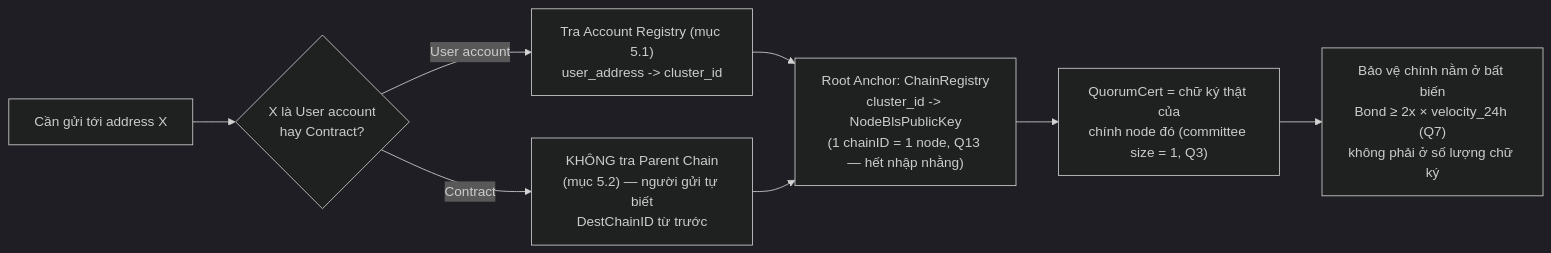
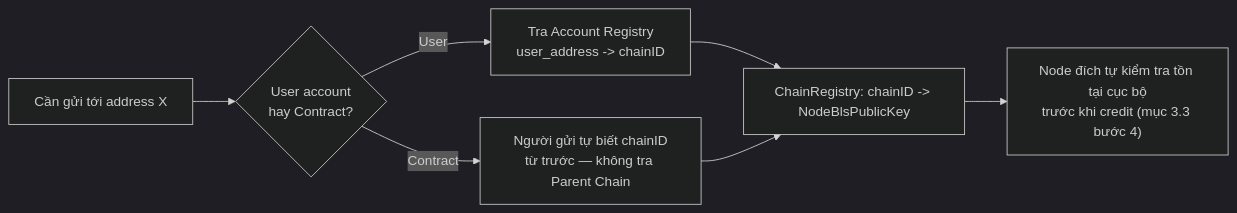
One commit to x3pi/metanode changed the second of 6 diagrams in execution/pkg/rollup/SEQUENCER_DESIGN.md. Above: the diagram before and after it, drawn with Mermaid (dark theme). The commit also changed other lines of this file, not shown here.

First line of the commit message:
docs(rollup): v2 -- full rewrite around Node Float Account model

````diff
--- a/execution/pkg/rollup/SEQUENCER_DESIGN.md
+++ b/execution/pkg/rollup/SEQUENCER_DESIGN.md
@@ -392,10 +294,9 @@
 ```mermaid
 flowchart LR
-    Q["Cần gửi tới address X"] --> A{"X là User account\nhay Contract?"}
-    A -- "User account" --> B["Tra Account Registry (mục 5.1)\nuser_address -> cluster_id"]
-    A -- "Contract" --> C["KHÔNG tra Parent Chain\n(mục 5.2) — người gửi tự biết\nDestChainID từ trước"]
-    B --> D["Root Anchor: ChainRegistry\ncluster_id -> NodeBlsPublicKey\n(1 chainID = 1 node, Q13 — hết nhập nhằng)"]
+    Q["Cần gửi tới address X"] --> A{"User account\nhay Contract?"}
+    A -- "User" --> B["Tra Account Registry\nuser_address -> chainID"]
+    A -- "Contract" --> C["Người gửi tự biết chainID\ntừ trước — không tra Parent Chain"]
+    B --> D["ChainRegistry: chainID -> NodeBlsPublicKey"]
     C --> D
-    D --> E["QuorumCert = chữ ký thật của\nchính node đó (committee size = 1, Q3)"]
-    E --> F["Bảo vệ chính nằm ở bất biến\nBond ≥ 2x × velocity_24h (Q7)\nkhông phải ở số lượng chữ ký"]
+    D --> E["Node đích tự kiểm tra tồn tại cục bộ\ntrước khi credit (mục 3.3 bước 4)"]
 ```
````
